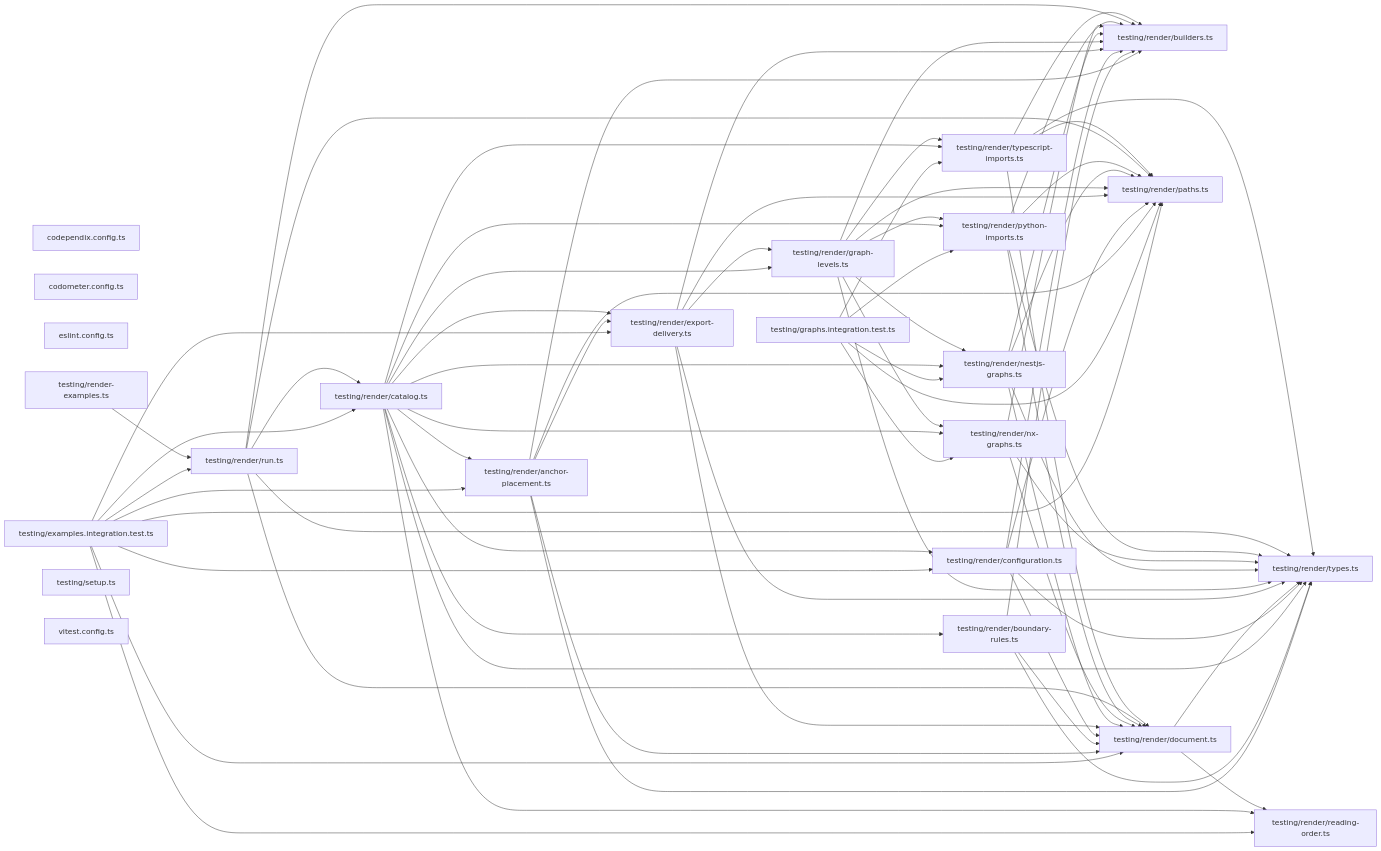
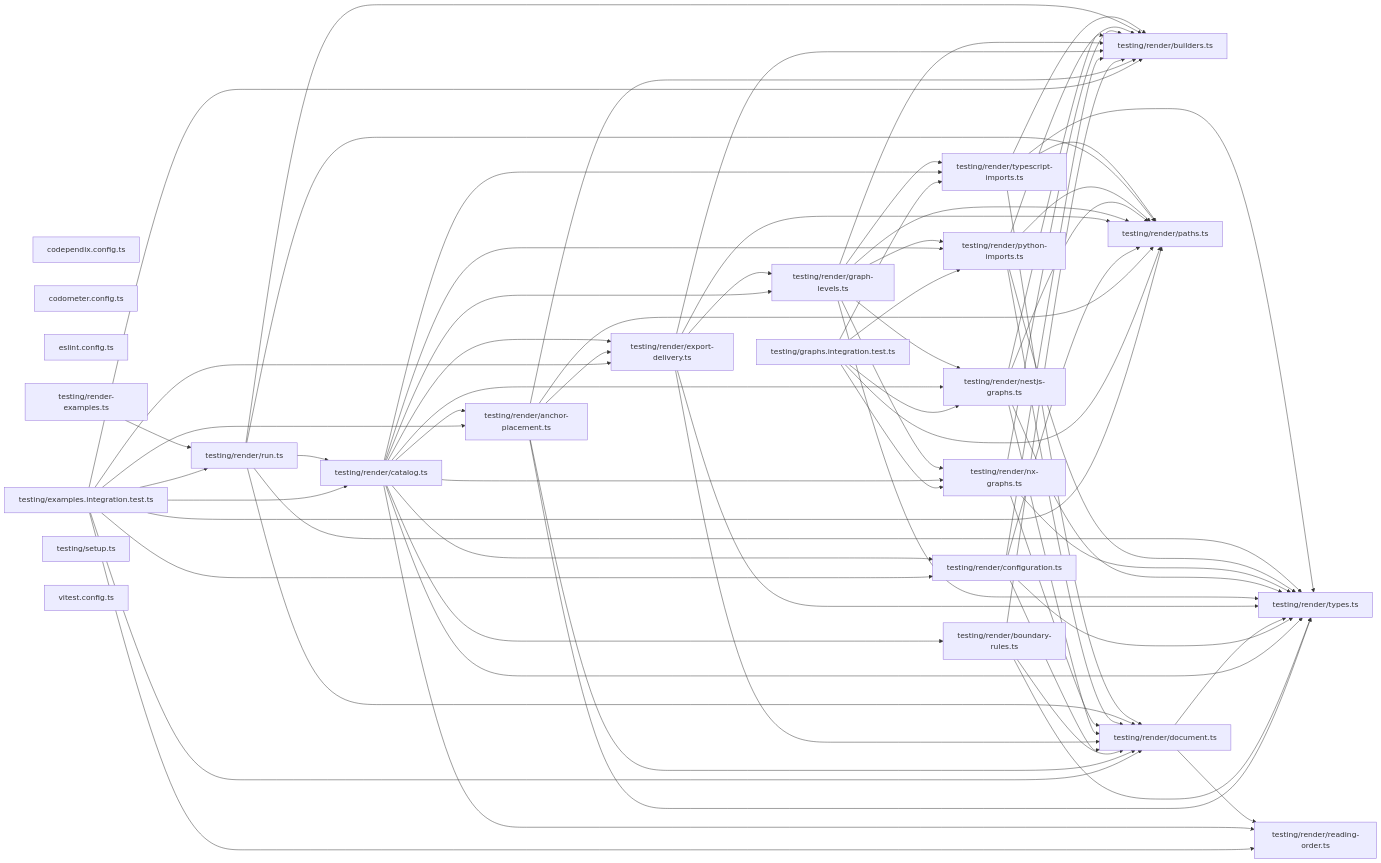
One commit to JimmyPaolini/codebase changed the second of 2 diagrams in packages/ic-suite/codependix/codependix-examples/README.md. Above: the diagram before and after it, drawn with Mermaid. The commit also changed other lines of this file and 78 other files, not shown here.

```diff
--- a/packages/ic-suite/codependix/codependix-examples/README.md
+++ b/packages/ic-suite/codependix/codependix-examples/README.md
@@ -249,6 +249,7 @@
   file_testing_setup_ts["testing/setup.ts"]
   file_vitest_config_ts["vitest.config.ts"]
   file_testing_examples_integration_test_ts --> file_testing_render_anchor_placement_ts
+  file_testing_examples_integration_test_ts --> file_testing_render_builders_ts
   file_testing_examples_integration_test_ts --> file_testing_render_catalog_ts
   file_testing_examples_integration_test_ts --> file_testing_render_configuration_ts
   file_testing_examples_integration_test_ts --> file_testing_render_document_ts
```
